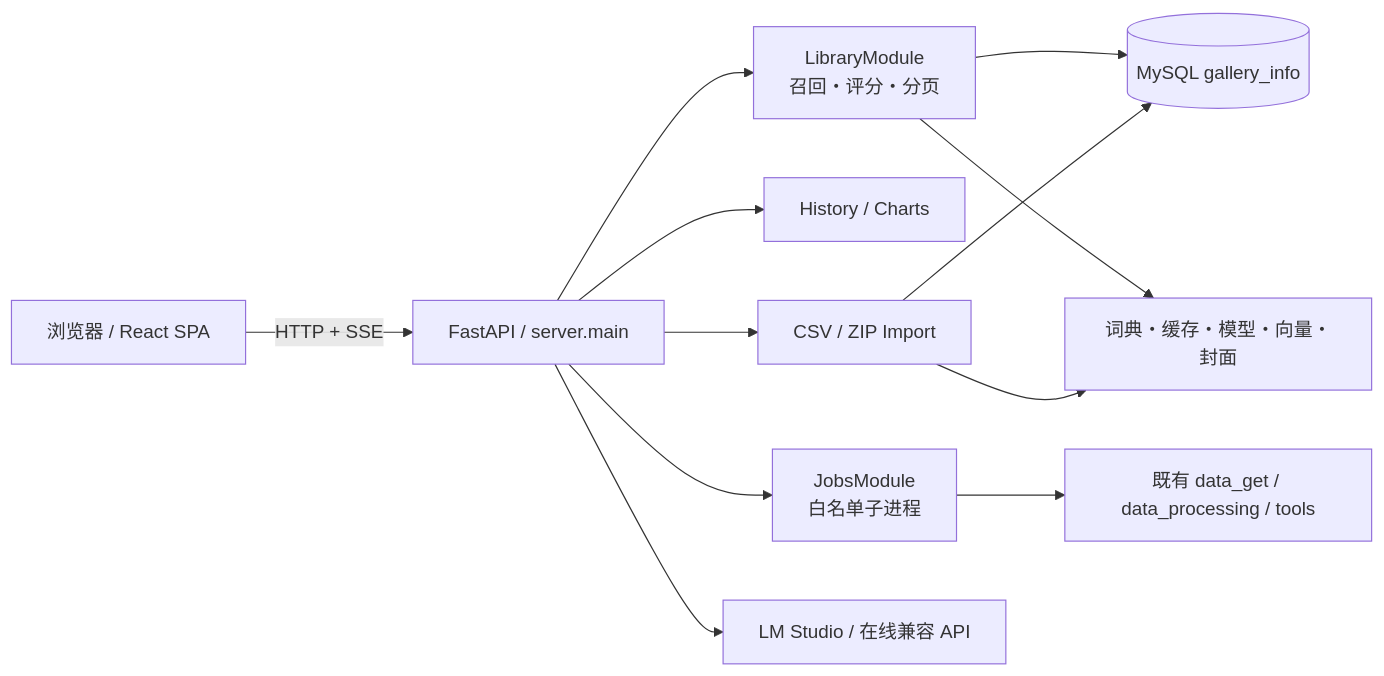
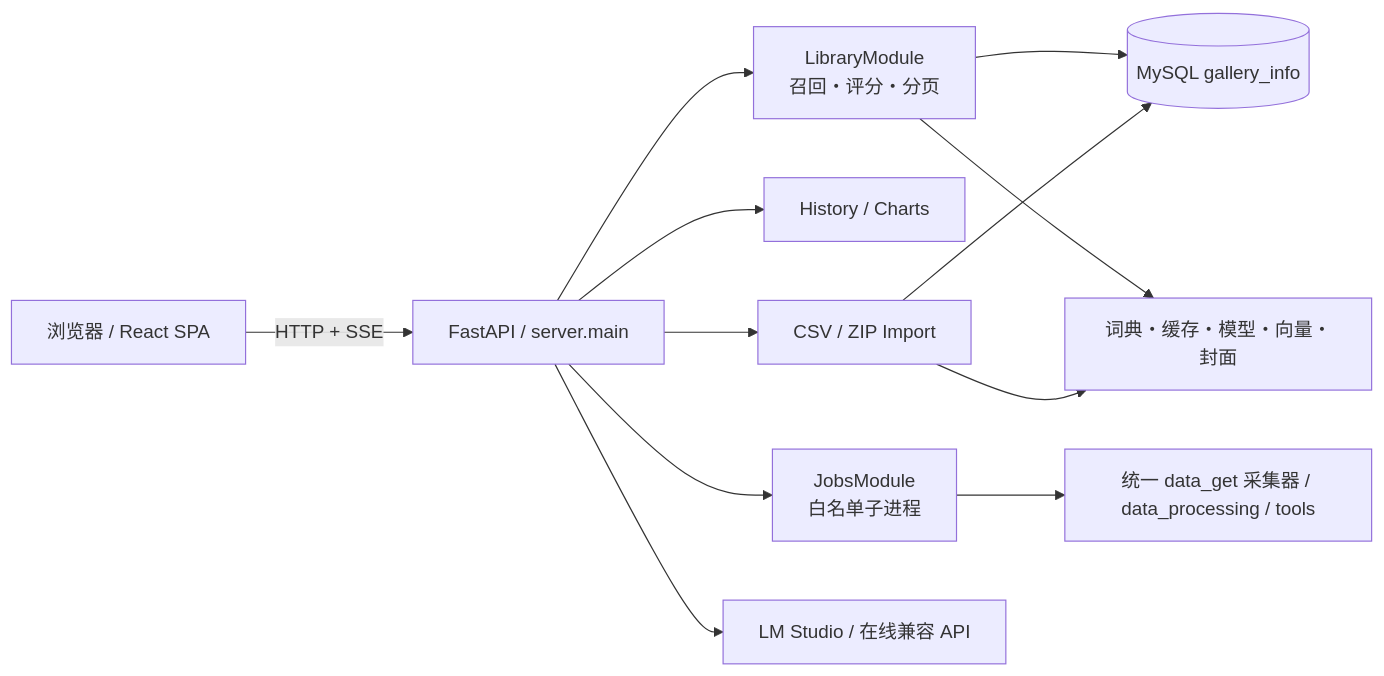
Before and after one commit to Ink-bai5844/XP-Gacha: the diagram in README.md, drawn with Mermaid. The commit also changed other lines of this file and 24 other files, not shown here.

````diff
--- a/README.md
+++ b/README.md
@@ -438,14 +480,14 @@
 ```mermaid
 flowchart LR
     Browser[浏览器 / React SPA] -->|HTTP + SSE| API[FastAPI / server.main]
     API --> Library[LibraryModule<br/>召回・评分・分页]
     API --> History[History / Charts]
     API --> Import[CSV / ZIP Import]
     API --> Jobs[JobsModule<br/>白名单子进程]
     API --> Chat[LM Studio / 在线兼容 API]
     Library --> MySQL[(MySQL gallery_info)]
     Library --> Runtime[词典・缓存・模型・向量・封面]
     Import --> MySQL
     Import --> Runtime
-    Jobs --> Legacy[既有 data_get / data_processing / tools]
+    Jobs --> Tasks[统一 data_get 采集器 / data_processing / tools]
 ```
````
